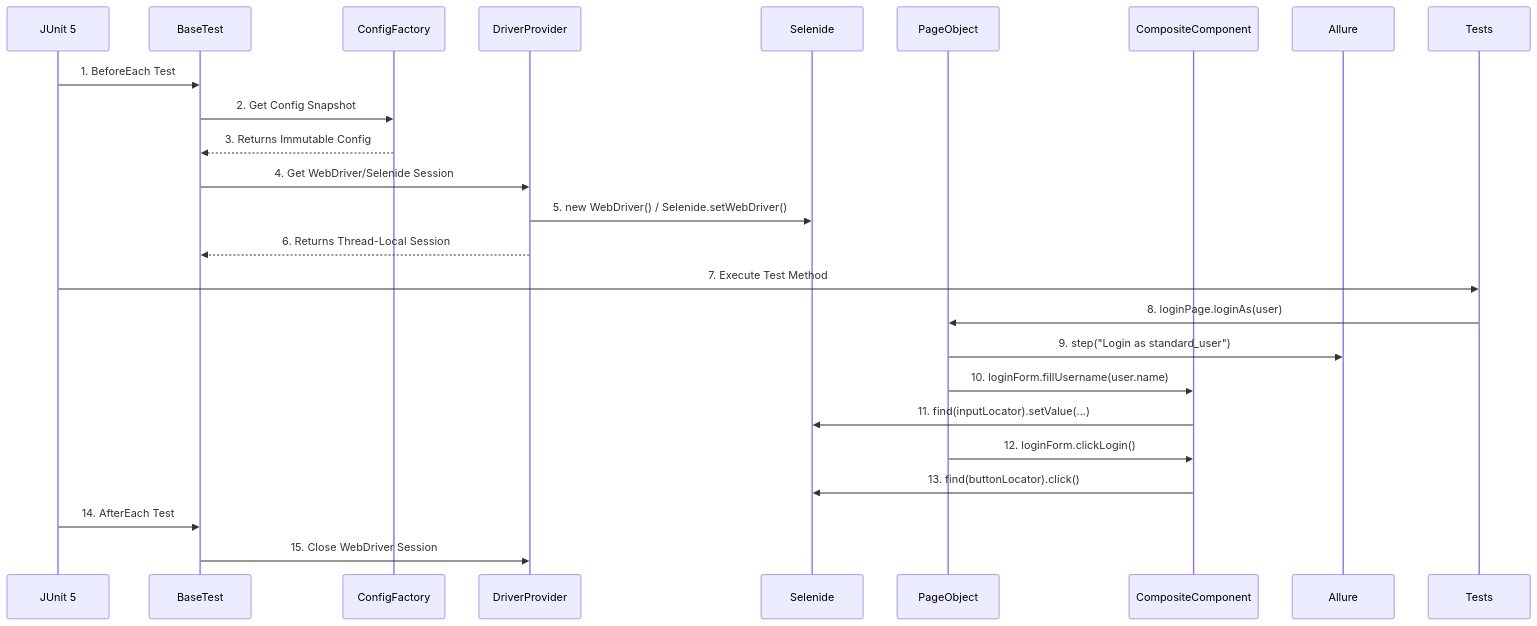
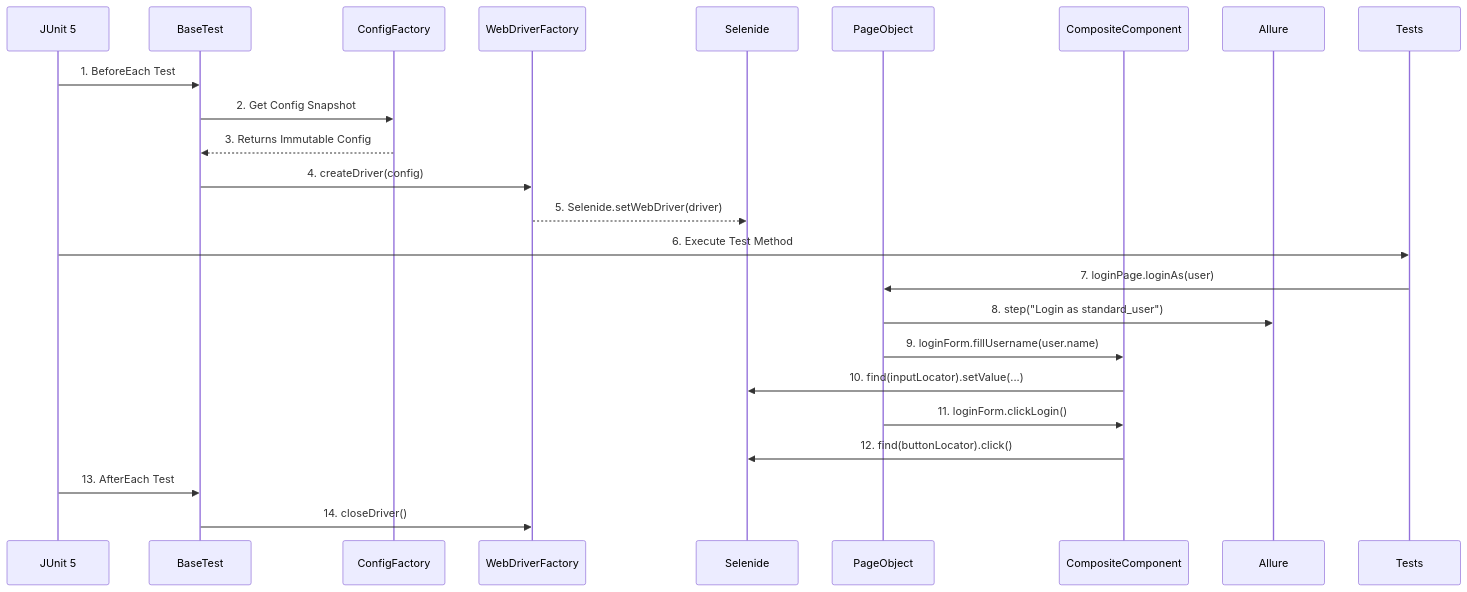
One commit to gureevod/hex_mad changed the second of 2 diagrams in docs/architecture/core-workflows.md. Above: the diagram before and after it, drawn with Mermaid. The commit also changed other lines of this file and 9 other files, not shown here.

````diff
--- a/docs/architecture/core-workflows.md
+++ b/docs/architecture/core-workflows.md
@@ -40,27 +37,26 @@
 ```mermaid
 sequenceDiagram
     participant J as JUnit 5
     participant BT as BaseTest
     participant CF as ConfigFactory
-    participant DP as DriverProvider
+    participant WF as WebDriverFactory
     participant S as Selenide
     participant PO as PageObject
     participant C as CompositeComponent
     participant AL as Allure
 
     J->>BT: 1. BeforeEach Test
     BT->>CF: 2. Get Config Snapshot
     CF-->>BT: 3. Returns Immutable Config
-    BT->>DP: 4. Get WebDriver/Selenide Session
-    DP->>S: 5. new WebDriver() / Selenide.setWebDriver()
-    DP-->>BT: 6. Returns Thread-Local Session
-    J->>Tests: 7. Execute Test Method
-    Tests->>PO: 8. loginPage.loginAs(user)
-    PO->>AL: 9. step("Login as standard_user")
-    PO->>C: 10. loginForm.fillUsername(user.name)
-    C->>S: 11. find(inputLocator).setValue(...)
-    PO->>C: 12. loginForm.clickLogin()
-    C->>S: 13. find(buttonLocator).click()
-    J->>BT: 14. AfterEach Test
-    BT->>DP: 15. Close WebDriver Session
+    BT->>WF: 4. createDriver(config)
+    WF-->>S: 5. Selenide.setWebDriver(driver)
+    J->>Tests: 6. Execute Test Method
+    Tests->>PO: 7. loginPage.loginAs(user)
+    PO->>AL: 8. step("Login as standard_user")
+    PO->>C: 9. loginForm.fillUsername(user.name)
+    C->>S: 10. find(inputLocator).setValue(...)
+    PO->>C: 11. loginForm.clickLogin()
+    C->>S: 12. find(buttonLocator).click()
+    J->>BT: 13. AfterEach Test
+    BT->>WF: 14. closeDriver()
 ```
````
